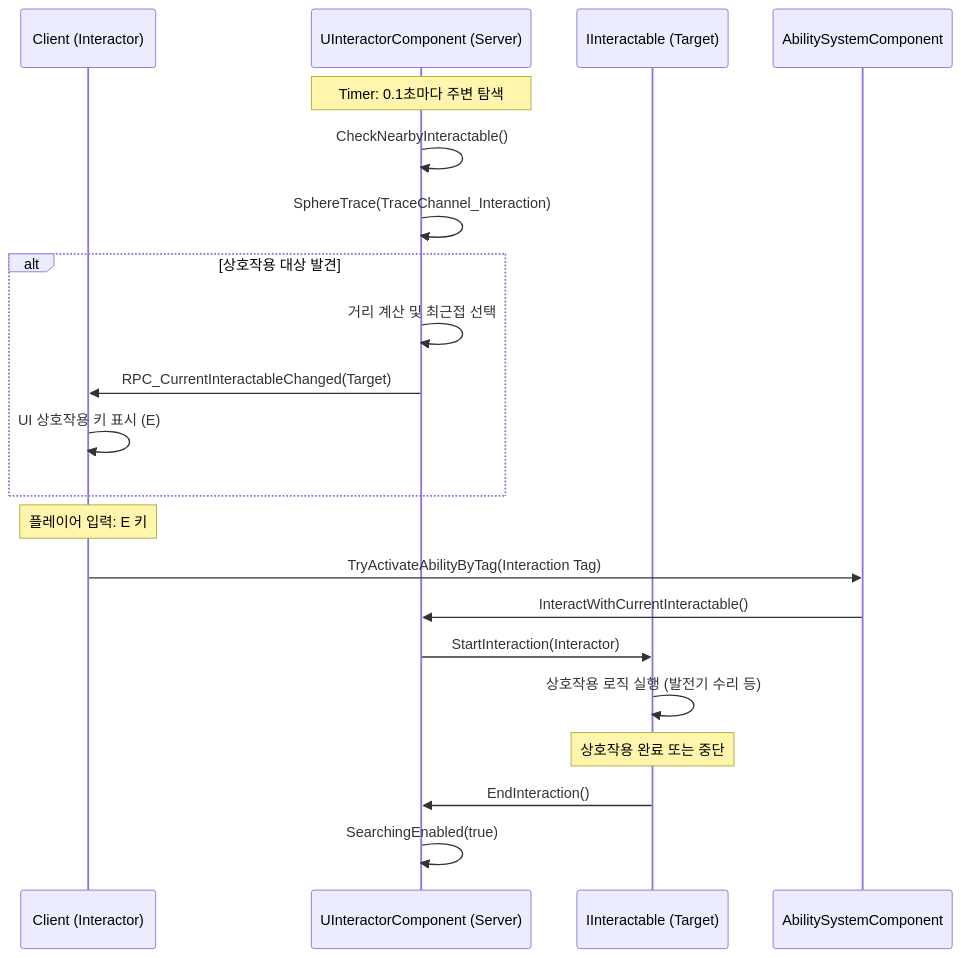
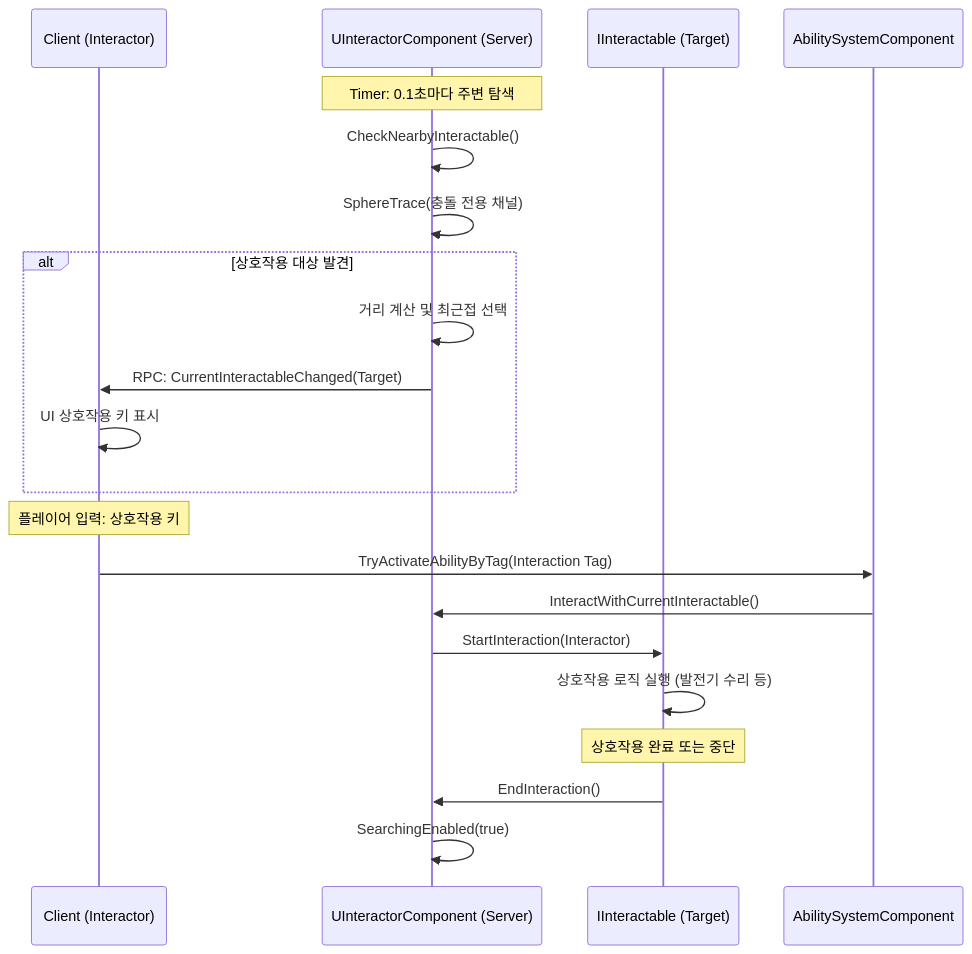
The ninth of 9 diagrams in README.md (jms3230/DBDProject), drawn with Mermaid before and after one commit.

Commit message:
Refine Korean text in README for interactions
Updated Korean translations for interaction notes and RPC calls.

````diff
--- a/README.md
+++ b/README.md
@@ -533,27 +533,27 @@
 ```mermaid
 sequenceDiagram
     participant Client as Client (Interactor)
     participant Component as UInteractorComponent (Server)
     participant Interface as IInteractable (Target)
     participant ASC as AbilitySystemComponent
     
     Note over Component: Timer: 0.1초마다 주변 탐색
     Component->>Component: CheckNearbyInteractable()
-    Component->>Component: SphereTrace(TraceChannel_Interaction)
+    Component->>Component: SphereTrace(충돌 전용 채널)
     
     alt 상호작용 대상 발견
         Component->>Component: 거리 계산 및 최근접 선택
-        Component->>Client: RPC_CurrentInteractableChanged(Target)
-        Client->>Client: UI 상호작용 키 표시 (E)
+        Component->>Client: RPC: CurrentInteractableChanged(Target)
+        Client->>Client: UI 상호작용 키 표시
     end
     
-    Note over Client: 플레이어 입력: E 키
+    Note over Client: 플레이어 입력: 상호작용 키
     Client->>ASC: TryActivateAbilityByTag(Interaction Tag)
     ASC->>Component: InteractWithCurrentInteractable()
     Component->>Interface: StartInteraction(Interactor)
     Interface->>Interface: 상호작용 로직 실행 (발전기 수리 등)
     
     Note over Interface: 상호작용 완료 또는 중단
     Interface->>Component: EndInteraction()
     Component->>Component: SearchingEnabled(true)
 ```
````
